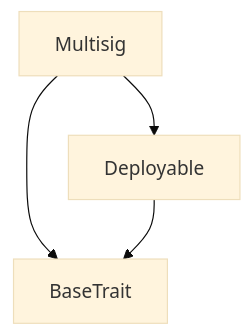
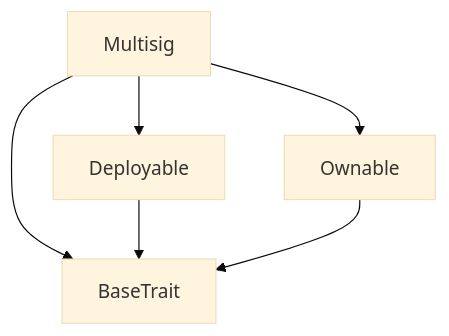
The first of 2 diagrams in build/Multisig/tact_Multisig.md (TonTradoor/tradoor-contracts-v3-ton-public), drawn with Mermaid (base theme) before and after one commit. The commit also changed other lines of this file and 28 other files, not shown here.

````diff
--- a/build/Multisig/tact_Multisig.md
+++ b/build/Multisig/tact_Multisig.md
@@ -112,7 +126,9 @@
 ```mermaid
 graph TD
 Multisig
 Multisig --> BaseTrait
 Multisig --> Deployable
 Deployable --> BaseTrait
+Multisig --> Ownable
+Ownable --> BaseTrait
 ```
````
